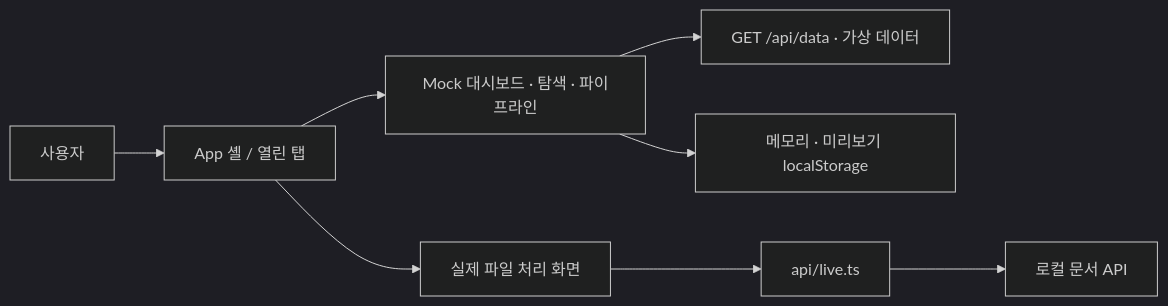
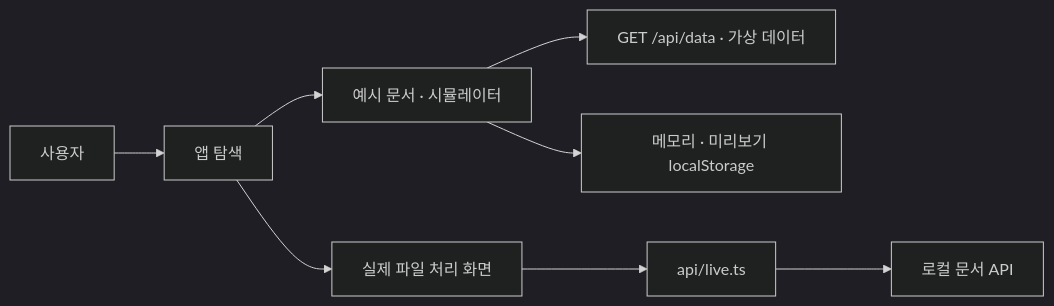
Before and after one commit to SeoJHeasdw/unstructured-parser-control-plane: the diagram in docs/FRONTEND_AND_INTERACTION_CONTRACT.md, drawn with Mermaid (dark theme). The commit also changed other lines of this file and 70 other files, not shown here.

````diff
--- a/docs/FRONTEND_AND_INTERACTION_CONTRACT.md
+++ b/docs/FRONTEND_AND_INTERACTION_CONTRACT.md
@@ -91,10 +93,10 @@
 ```mermaid
 flowchart LR
-    User["사용자"] --> Shell["App 셸 / 열린 탭"]
-    Shell --> Dash["Mock 대시보드 · 탐색 · 파이프라인"]
+    User["사용자"] --> Shell["앱 탐색"]
+    Shell --> Dash["예시 문서 · 시뮬레이터"]
     Dash --> Fixture["GET /api/data · 가상 데이터"]
     Shell --> Live["실제 파일 처리 화면"]
     Live --> Client["api/live.ts"]
     Client --> RealAPI["로컬 문서 API"]
     Dash --> Browser["메모리 · 미리보기 localStorage"]
 ```
````
